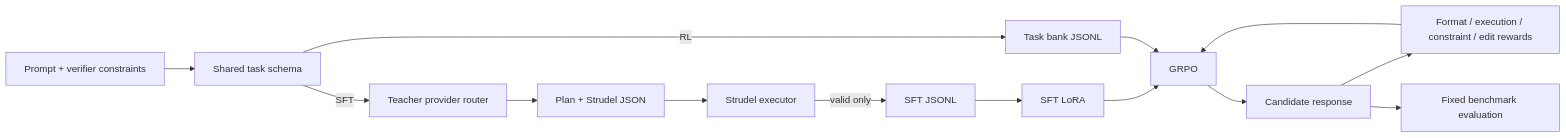
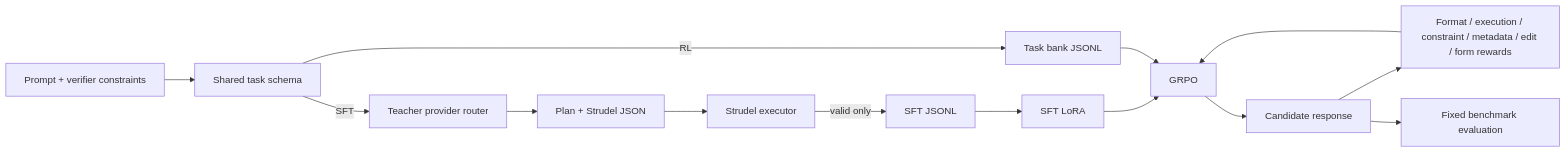
One commit to shanmukh05/TuneLM changed the first of 12 diagrams in docs/implementation.md. Above: the diagram before and after it, drawn with Mermaid. The commit also changed other lines of this file and 45 other files, not shown here.

````diff
--- a/docs/implementation.md
+++ b/docs/implementation.md
@@ -16,16 +16,16 @@
 ```mermaid
 flowchart LR
   P[Prompt + verifier constraints] --> T[Shared task schema]
   T -->|SFT| L[Teacher provider router]
   L --> O[Plan + Strudel JSON]
   O --> X[Strudel executor]
   X -->|valid only| S[SFT JSONL]
   T -->|RL| R[Task bank JSONL]
   S --> ST[SFT LoRA]
   ST --> G[GRPO]
   R --> G
   G --> C[Candidate response]
-  C --> W[Format / execution / constraint / edit rewards]
+  C --> W[Format / execution / constraint / metadata / edit / form rewards]
   W --> G
   C --> E[Fixed benchmark evaluation]
 ```
````
